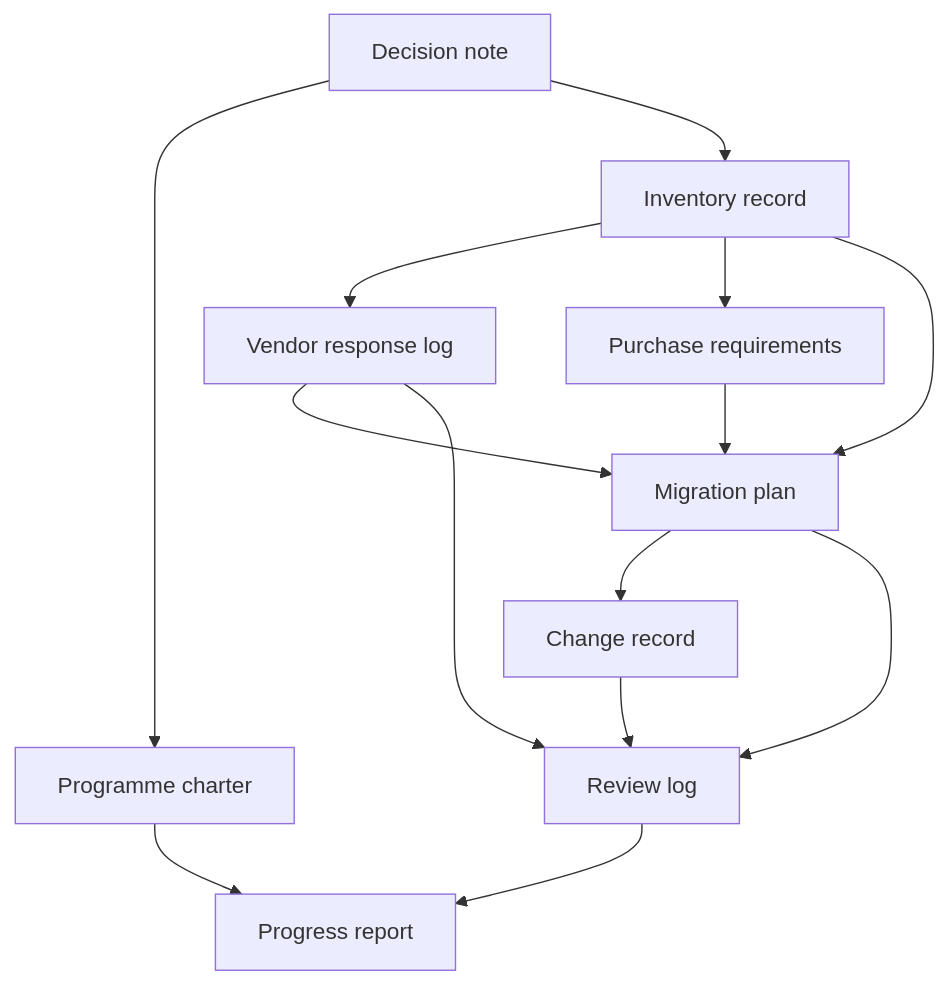
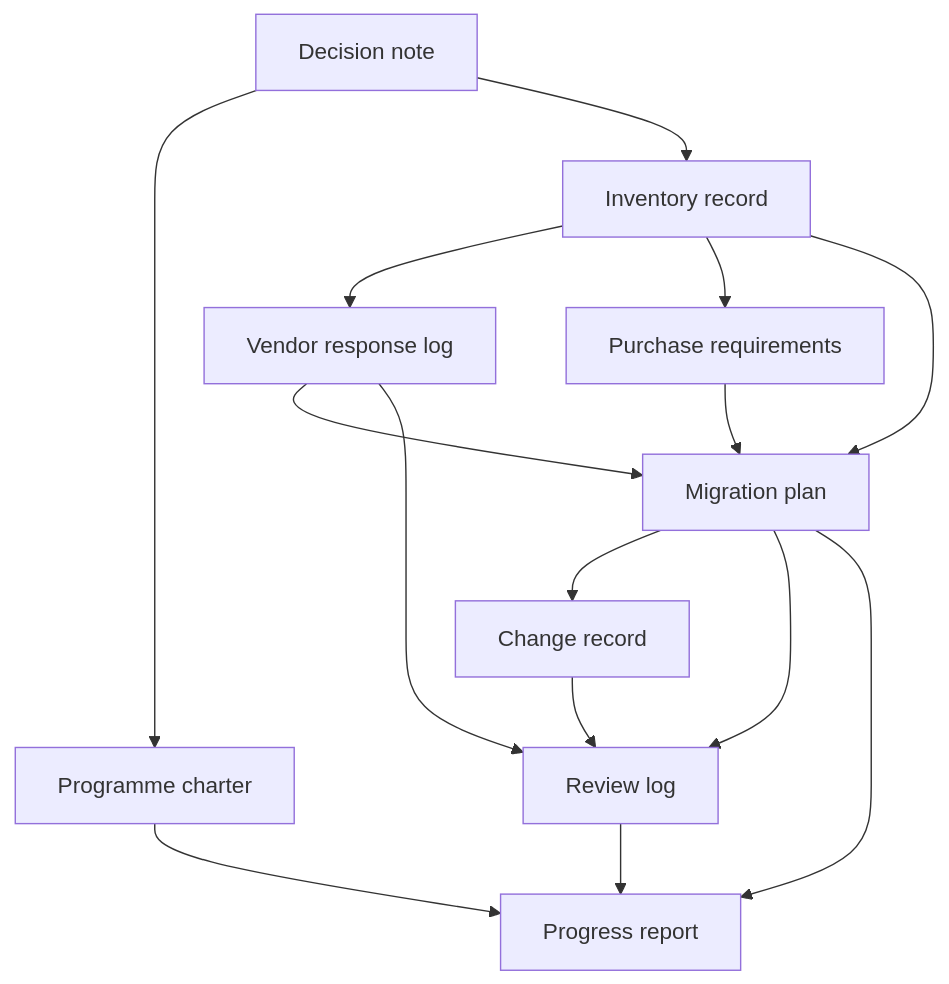
One commit to pqc-community/handbook changed the diagram in docs/resources/index.md. Above: the diagram before and after it, drawn with Mermaid. The commit also changed other lines of this file and 15 other files, not shown here.

````diff
--- a/docs/resources/index.md
+++ b/docs/resources/index.md
@@ -28,16 +28,17 @@
 ```mermaid
 flowchart TD
     DN[Decision note] --> CH[Programme charter]
     DN --> INV[Inventory record]
     INV --> VRL[Vendor response log]
     INV --> PRQ[Purchase requirements]
     VRL --> PLAN[Migration plan]
     PRQ --> PLAN
     INV --> PLAN
     PLAN --> CR[Change record]
     CR --> RL[Review log]
     PLAN --> RL
     VRL --> RL
     RL --> REP[Progress report]
     CH --> REP
+    PLAN --> REP
 ```
````
